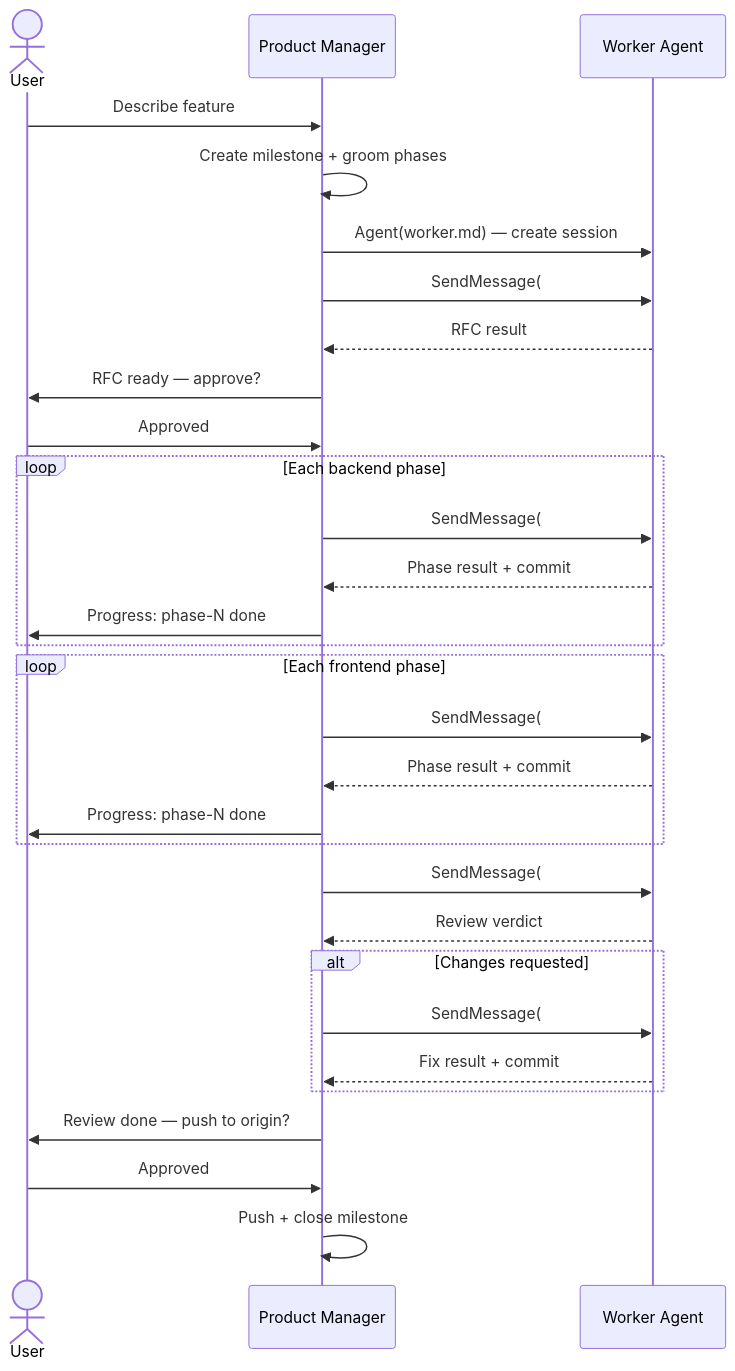
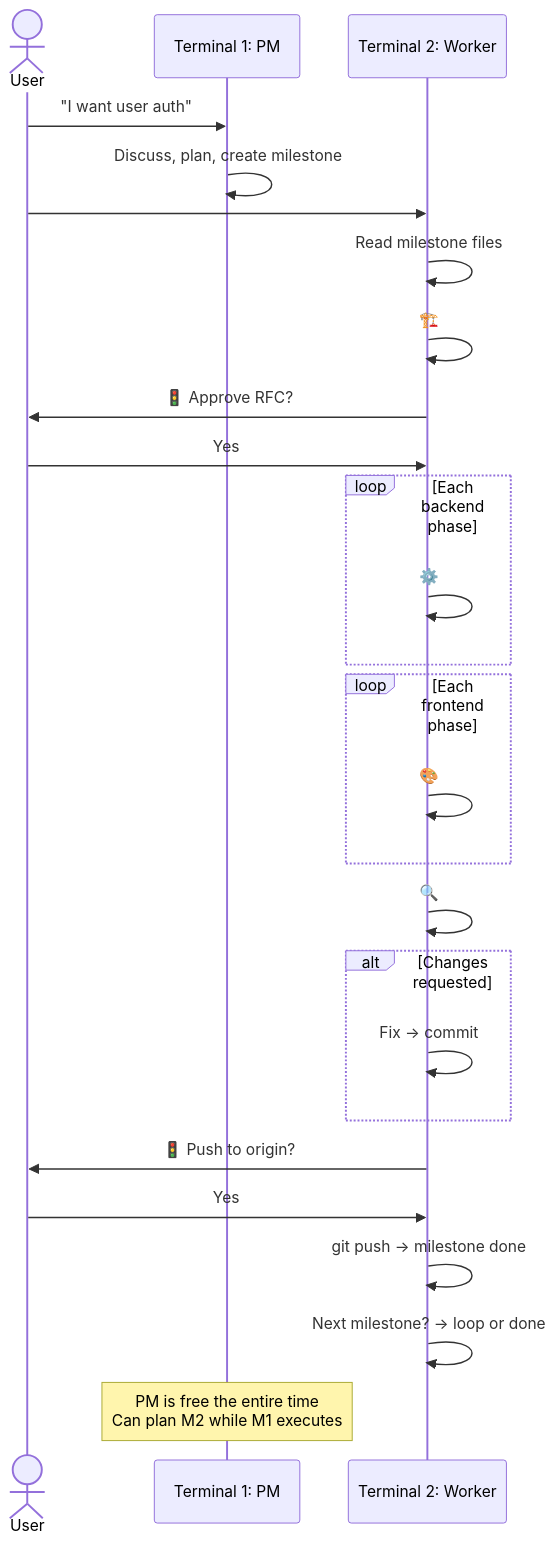
One commit to sulhadin/orchestrator changed the first of 2 diagrams in .orchestra/README.md. Above: the diagram before and after it, drawn with Mermaid. The commit also changed other lines of this file and 18 other files, not shown here.

Commit message:
feat: Delegate phase execution to an autonomous worker process, shifting the Product Manager's role to planning and oversight.

````diff
--- a/.orchestra/README.md
+++ b/.orchestra/README.md
@@ -285,39 +282,38 @@
 ```mermaid
 sequenceDiagram
     actor U as User
-    participant PM as Product Manager
-    participant W as Worker Agent
+    participant PM as Terminal 1: PM
+    participant W as Terminal 2: Worker
 
-    U->>PM: Describe feature
-    PM->>PM: Create milestone + groom phases
-    PM->>W: Agent(worker.md) — create session
+    U->>PM: "I want user auth"
+    PM->>PM: Discuss, plan, create milestone
 
-    PM->>W: SendMessage(#architect: write RFC)
-    W-->>PM: RFC result
-    PM->>U: RFC ready — approve?
-    U->>PM: Approved
+    U->>W: #start
+    W->>W: Read milestone files
+
+    W->>W: 🏗️ #architect → write RFC
+    W->>U: 🚦 Approve RFC?
+    U->>W: Yes
 
     loop Each backend phase
-        PM->>W: SendMessage(#backend: phase-N)
-        W-->>PM: Phase result + commit
-        PM->>U: Progress: phase-N done
+        W->>W: ⚙️ #backend → phase-N → commit
     end
 
     loop Each frontend phase
-        PM->>W: SendMessage(#frontend: phase-N)
-        W-->>PM: Phase result + commit
-        PM->>U: Progress: phase-N done
+        W->>W: 🎨 #frontend → phase-N → commit
     end
 
-    PM->>W: SendMessage(#reviewer: review)
-    W-->>PM: Review verdict
+    W->>W: 🔍 #reviewer → review commits
 
     alt Changes requested
-        PM->>W: SendMessage(#backend/#frontend: fix)
-        W-->>PM: Fix result + commit
+        W->>W: Fix → commit
     end
 
-    PM->>U: Review done — push to origin?
-    U->>PM: Approved
-    PM->>PM: Push + close milestone
+    W->>U: 🚦 Push to origin?
+    U->>W: Yes
+    W->>W: git push → milestone done
+
+    W->>W: Next milestone? → loop or done
+
+    Note over PM: PM is free the entire time<br/>Can plan M2 while M1 executes
 ```
````
